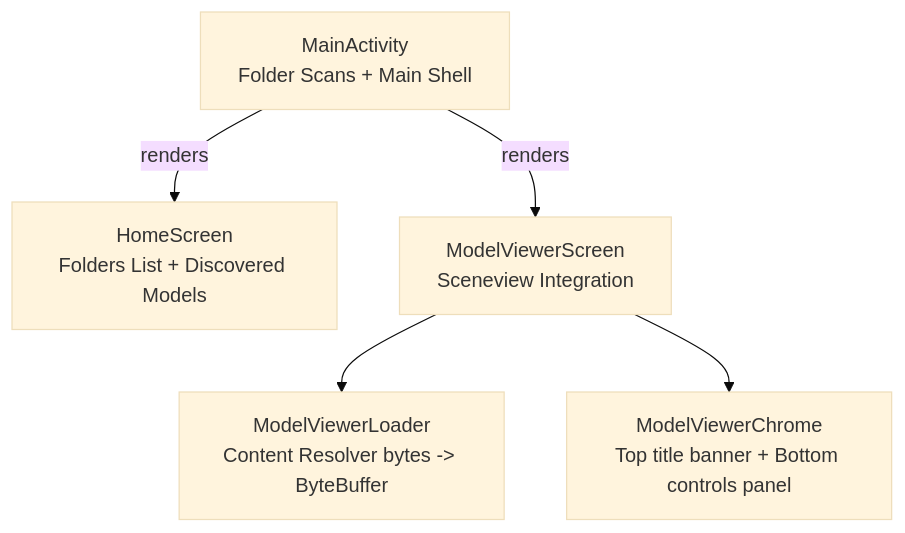
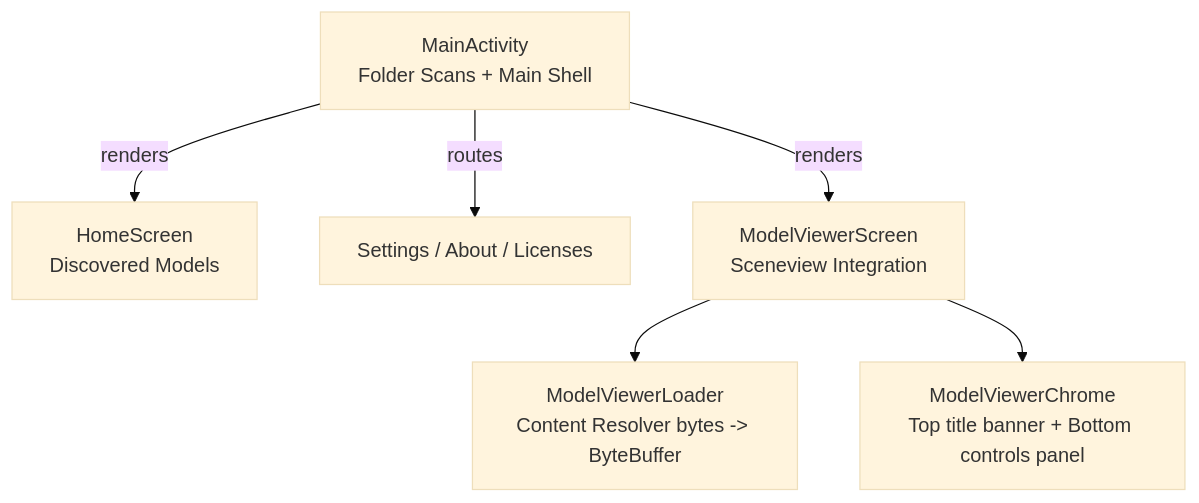
One commit to qtremors/filion changed the diagram in DEVELOPMENT.md. Above: the diagram before and after it, drawn with Mermaid (base theme). The commit also changed other lines of this file and 47 other files, not shown here.

Commit message:
v0.0.2: Add Vector Branding, Settings, And About

````diff
--- a/DEVELOPMENT.md
+++ b/DEVELOPMENT.md
@@ -26,7 +26,8 @@
 ```mermaid
 graph TD
-    A["MainActivity<br/>Folder Scans + Main Shell"] -->|renders| B["HomeScreen<br/>Folders List + Discovered Models"]
+    A["MainActivity<br/>Folder Scans + Main Shell"] -->|renders| B["HomeScreen<br/>Discovered Models"]
+    A -->|routes| F["Settings / About / Licenses"]
     A -->|renders| C["ModelViewerScreen<br/>Sceneview Integration"]
     C --> D["ModelViewerLoader<br/>Content Resolver bytes -> ByteBuffer"]
     C --> E["ModelViewerChrome<br/>Top title banner + Bottom controls panel"]
 ```
````
